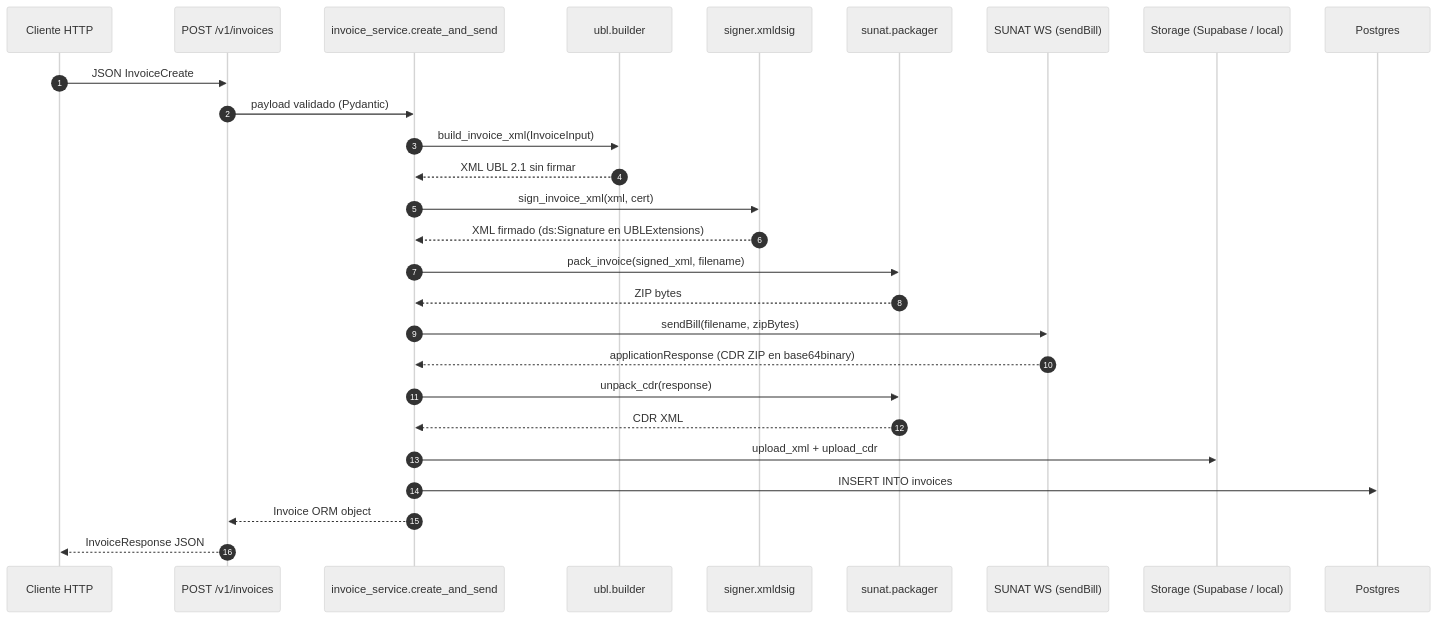
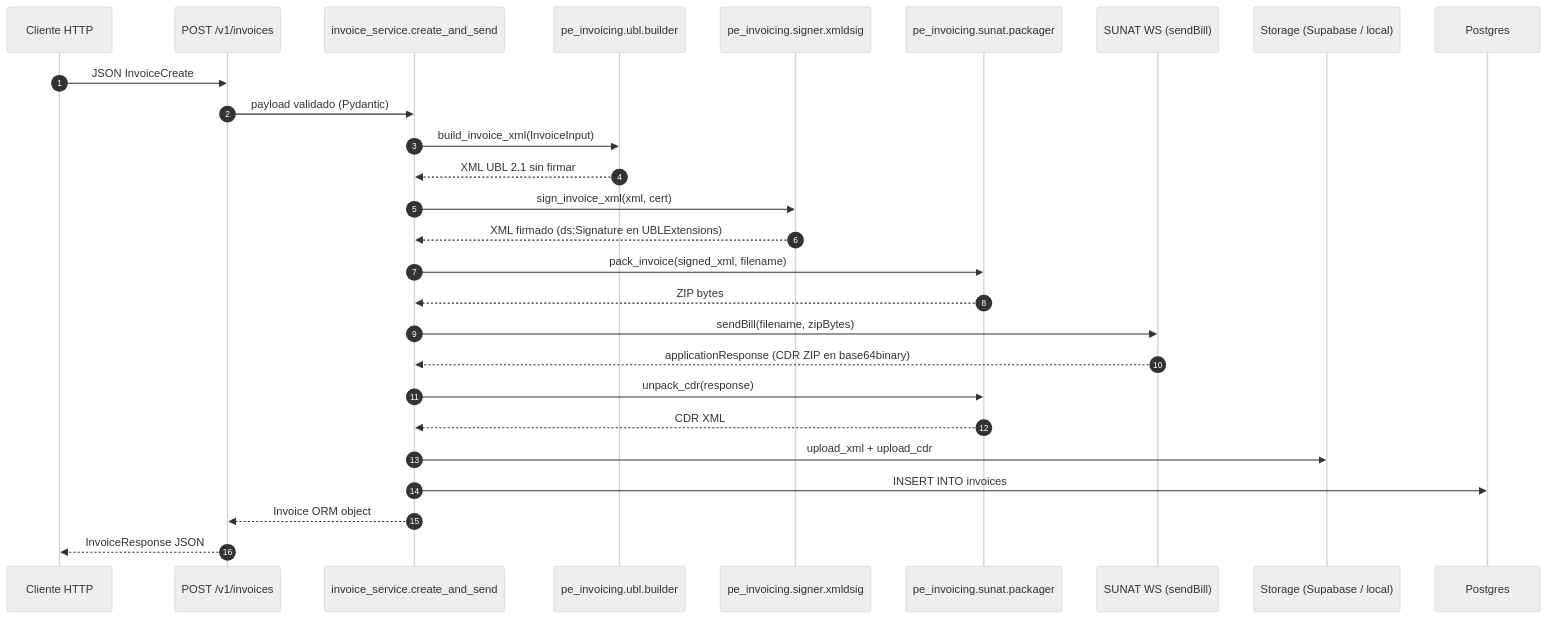
One commit to userDKX/SIS-Facturador changed the diagram in docs/ARCHITECTURE.md. Above: the diagram before and after it, drawn with Mermaid (neutral theme). The commit also changed other lines of this file and 82 other files, not shown here.

````diff
--- a/docs/ARCHITECTURE.md
+++ b/docs/ARCHITECTURE.md
@@ -33,30 +41,30 @@
 ```mermaid
 sequenceDiagram
     autonumber
     participant Client as Cliente HTTP
     participant Router as POST /v1/invoices
     participant Service as invoice_service.create_and_send
-    participant Builder as ubl.builder
-    participant Signer as signer.xmldsig
-    participant Packager as sunat.packager
+    participant Builder as pe_invoicing.ubl.builder
+    participant Signer as pe_invoicing.signer.xmldsig
+    participant Packager as pe_invoicing.sunat.packager
     participant SUNAT as SUNAT WS (sendBill)
     participant Storage as Storage (Supabase / local)
     participant DB as Postgres
 
     Client->>Router: JSON InvoiceCreate
     Router->>Service: payload validado (Pydantic)
     Service->>Builder: build_invoice_xml(InvoiceInput)
     Builder-->>Service: XML UBL 2.1 sin firmar
     Service->>Signer: sign_invoice_xml(xml, cert)
     Signer-->>Service: XML firmado (ds:Signature en UBLExtensions)
     Service->>Packager: pack_invoice(signed_xml, filename)
     Packager-->>Service: ZIP bytes
     Service->>SUNAT: sendBill(filename, zipBytes)
     SUNAT-->>Service: applicationResponse (CDR ZIP en base64binary)
     Service->>Packager: unpack_cdr(response)
     Packager-->>Service: CDR XML
     Service->>Storage: upload_xml + upload_cdr
     Service->>DB: INSERT INTO invoices
     Service-->>Router: Invoice ORM object
     Router-->>Client: InvoiceResponse JSON
 ```
````
